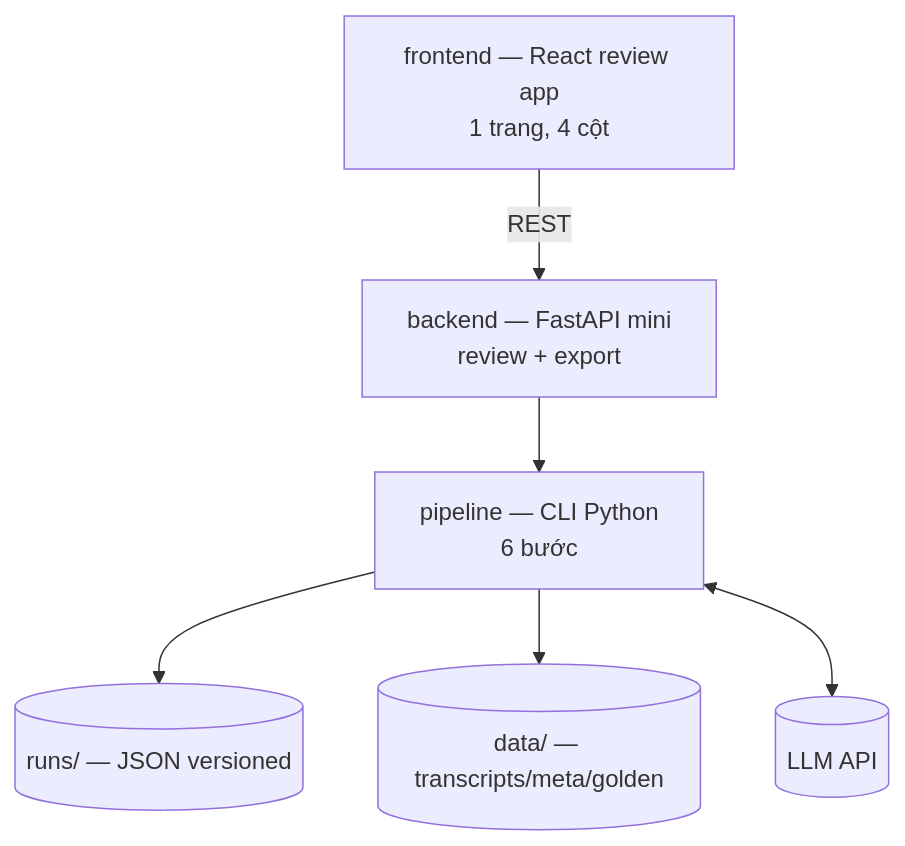
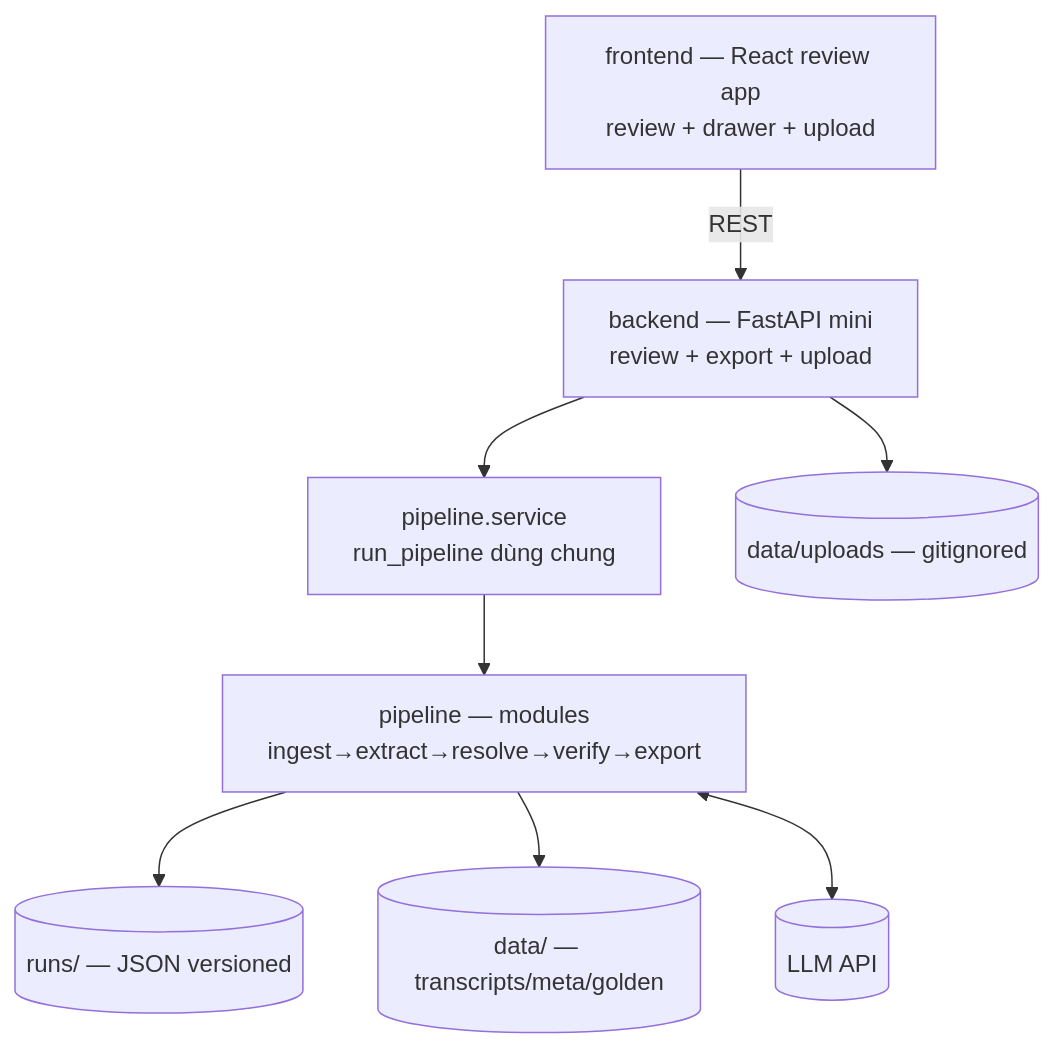
One commit to TrungHocCode/meet2note changed the diagram in docs/c4/02-container.md. Above: the diagram before and after it, drawn with Mermaid. The commit also changed other lines of this file and 5 other files, not shown here.

````diff
--- a/docs/c4/02-container.md
+++ b/docs/c4/02-container.md
@@ -11,14 +11,18 @@
 ```mermaid
 flowchart TB
-    React[frontend — React review app<br/>1 trang, 4 cột]
-    API[backend — FastAPI mini<br/>review + export]
-    Pipe[pipeline — CLI Python<br/>6 bước]
+    React[frontend — React review app<br/>review + drawer + upload]
+    API[backend — FastAPI mini<br/>review + export + upload]
+    Svc[pipeline.service<br/>run_pipeline dùng chung]
+    Pipe[pipeline — modules<br/>ingest→extract→resolve→verify→export]
     FS[(runs/ — JSON versioned)]
     Data[(data/ — transcripts/meta/golden)]
+    Up[(data/uploads — gitignored)]
     LLM[(LLM API)]
     React -->|REST| API
-    API --> Pipe
+    API --> Svc
+    Svc --> Pipe
     Pipe --> FS
     Pipe --> Data
+    API --> Up
     Pipe <--> LLM
 ```
````
